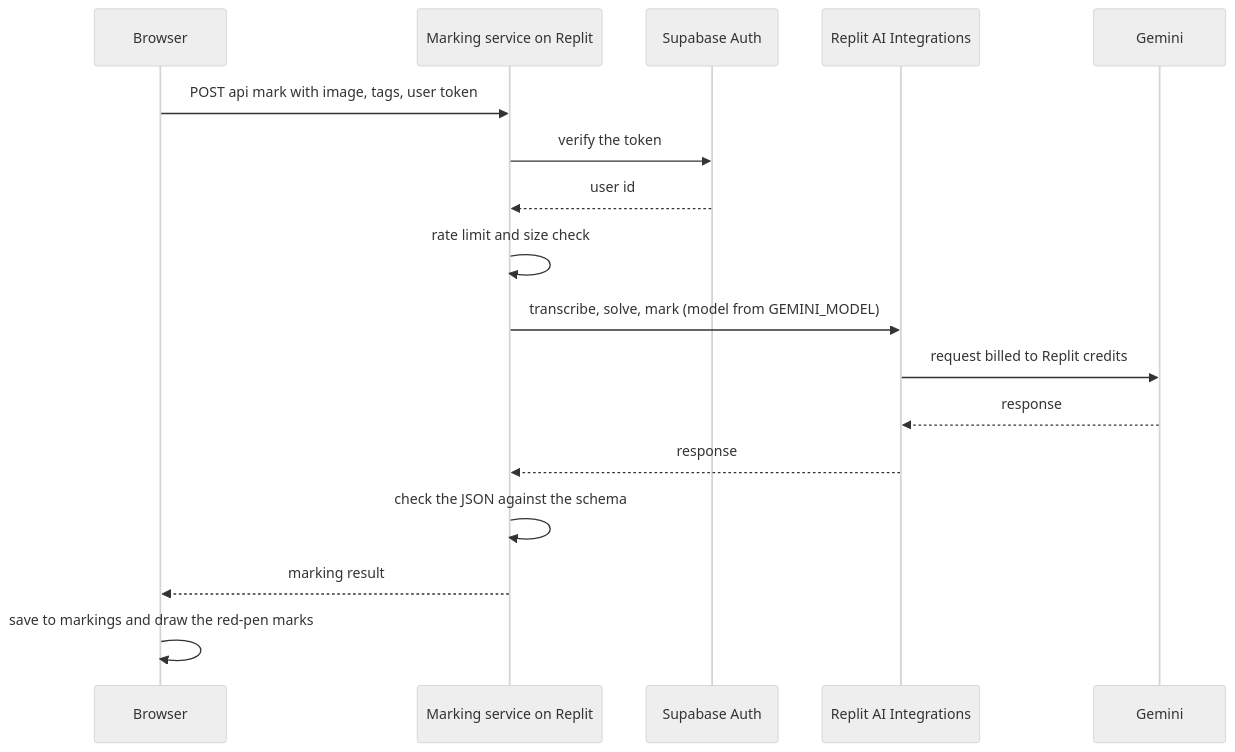
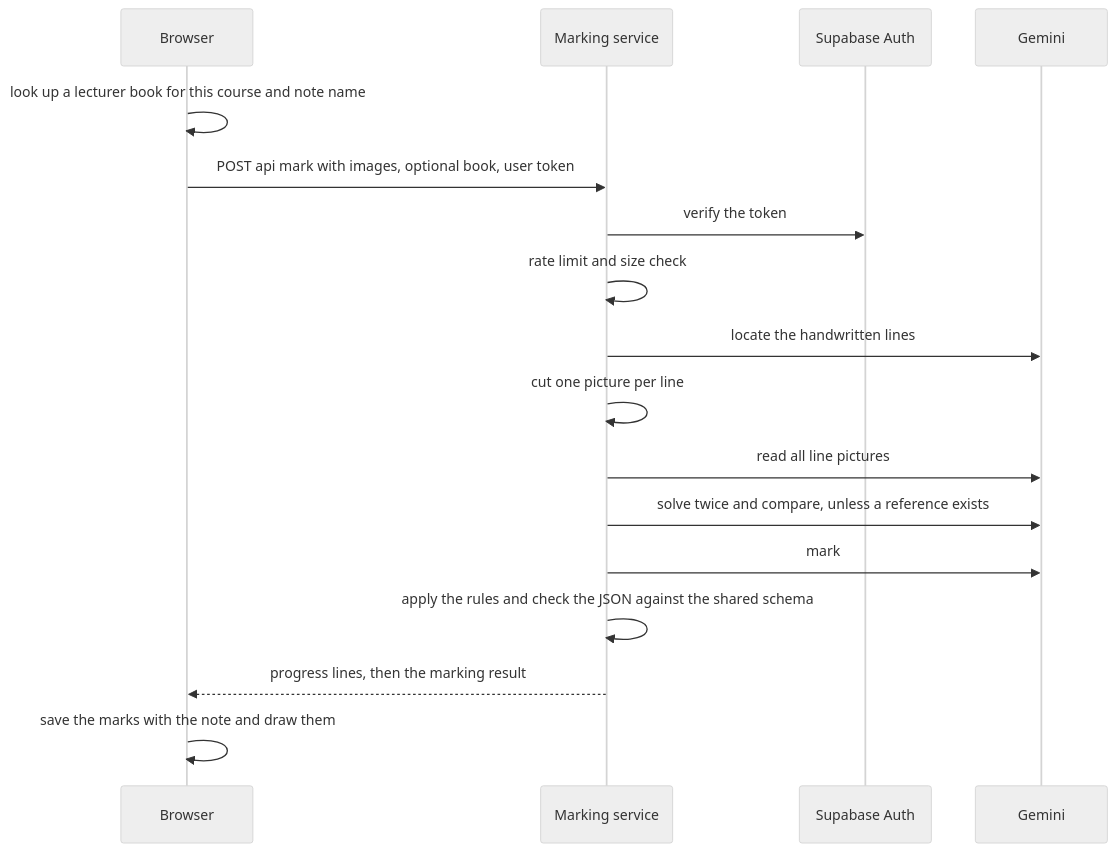
The second of 3 diagrams in docs/ARCHITECTURE.md (lloonnn/skrrMath), drawn with Mermaid (neutral theme) before and after one commit. The commit also changed other lines of this file and 20 other files, not shown here.

````diff
--- a/docs/ARCHITECTURE.md
+++ b/docs/ARCHITECTURE.md
@@ -34,19 +34,19 @@
 ```mermaid
 sequenceDiagram
   participant B as Browser
-  participant S as Marking service on Replit
+  participant S as Marking service
   participant A as Supabase Auth
-  participant R as Replit AI Integrations
   participant G as Gemini
-  B->>S: POST api mark with image, tags, user token
+  B->>B: look up a lecturer book for this course and note name
+  B->>S: POST api mark with images, optional book, user token
   S->>A: verify the token
-  A-->>S: user id
   S->>S: rate limit and size check
-  S->>R: transcribe, solve, mark (model from GEMINI_MODEL)
-  R->>G: request billed to Replit credits
-  G-->>R: response
-  R-->>S: response
-  S->>S: check the JSON against the schema
-  S-->>B: marking result
-  B->>B: save to markings and draw the red-pen marks
+  S->>G: locate the handwritten lines
+  S->>S: cut one picture per line
+  S->>G: read all line pictures
+  S->>G: solve twice and compare, unless a reference exists
+  S->>G: mark
+  S->>S: apply the rules and check the JSON against the shared schema
+  S-->>B: progress lines, then the marking result
+  B->>B: save the marks with the note and draw them
 ```
````
